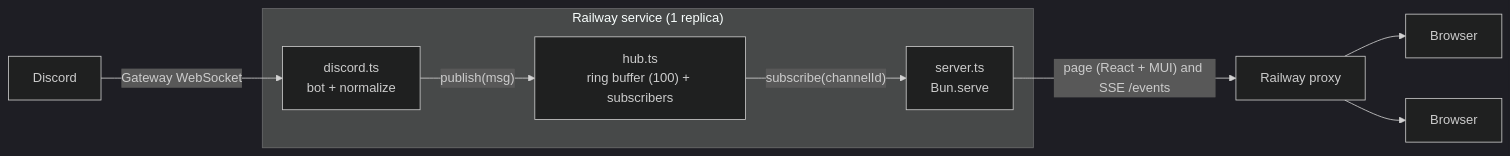
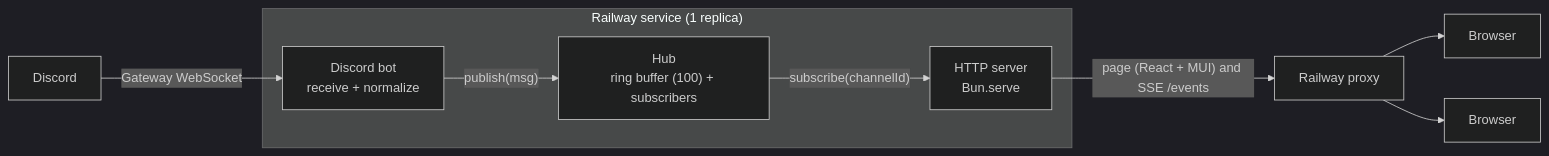
One commit to AmitKulkarni23/discord-relay changed the first of 5 diagrams in docs/system-specs/architecture.md. Above: the diagram before and after it, drawn with Mermaid (dark theme). The commit also changed other lines of this file and 3 other files, not shown here.

Commit message:
Move the Discord bot to backend/sources and wire dependencies in server.ts. Diagrams use component names instead of filenames.

````diff
--- a/docs/system-specs/architecture.md
+++ b/docs/system-specs/architecture.md
@@ -7,11 +7,11 @@
 ```mermaid
 flowchart LR
   D["Discord"] -- "Gateway WebSocket" --> B
   subgraph RW["Railway service (1 replica)"]
-    B["discord.ts<br/>bot + normalize"] -- "publish(msg)" --> H["hub.ts<br/>ring buffer (100) + subscribers"]
-    H -- "subscribe(channelId)" --> S["server.ts<br/>Bun.serve"]
+    B["Discord bot<br/>receive + normalize"] -- "publish(msg)" --> H["Hub<br/>ring buffer (100) + subscribers"]
+    H -- "subscribe(channelId)" --> S["HTTP server<br/>Bun.serve"]
   end
   S -- "page (React + MUI) and SSE /events" --> P["Railway proxy"]
   P --> W1["Browser"]
   P --> W2["Browser"]
 ```
````
